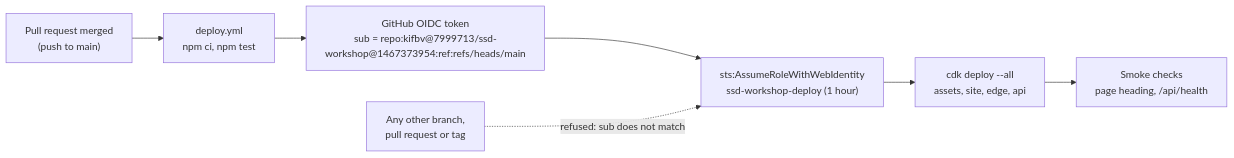
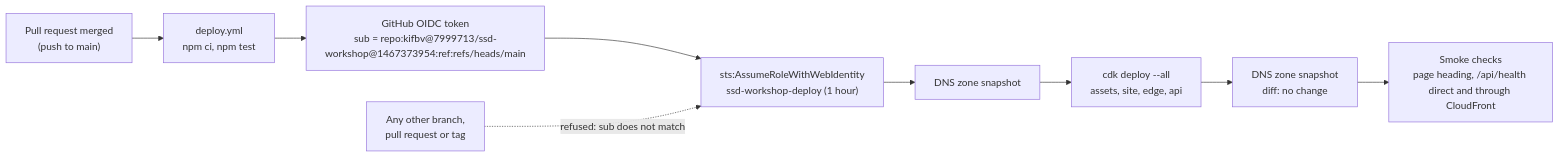
One commit to kifbv/ssd-workshop changed the diagram in infra/README.md. Above: the diagram before and after it, drawn with Mermaid. The commit also changed other lines of this file and 8 other files, not shown here.

````diff
--- a/infra/README.md
+++ b/infra/README.md
@@ -27,9 +27,11 @@
 ```mermaid
 flowchart LR
   merge["Pull request merged<br/>(push to main)"] --> wf["deploy.yml<br/>npm ci, npm test"]
   wf --> oidc["GitHub OIDC token<br/>sub = repo:kifbv@7999713/ssd-workshop@1467373954:ref:refs/heads/main"]
   oidc --> role["sts:AssumeRoleWithWebIdentity<br/>ssd-workshop-deploy (1 hour)"]
-  role --> cdk["cdk deploy --all<br/>assets, site, edge, api"]
-  cdk --> smoke["Smoke checks<br/>page heading, /api/health"]
+  role --> before["DNS zone snapshot"]
+  before --> cdk["cdk deploy --all<br/>assets, site, edge, api"]
+  cdk --> after["DNS zone snapshot<br/>diff: no change"]
+  after --> smoke["Smoke checks<br/>page heading, /api/health direct and through CloudFront"]
   other["Any other branch,<br/>pull request or tag"] -.->|"refused: sub does not match"| role
 ```
````
